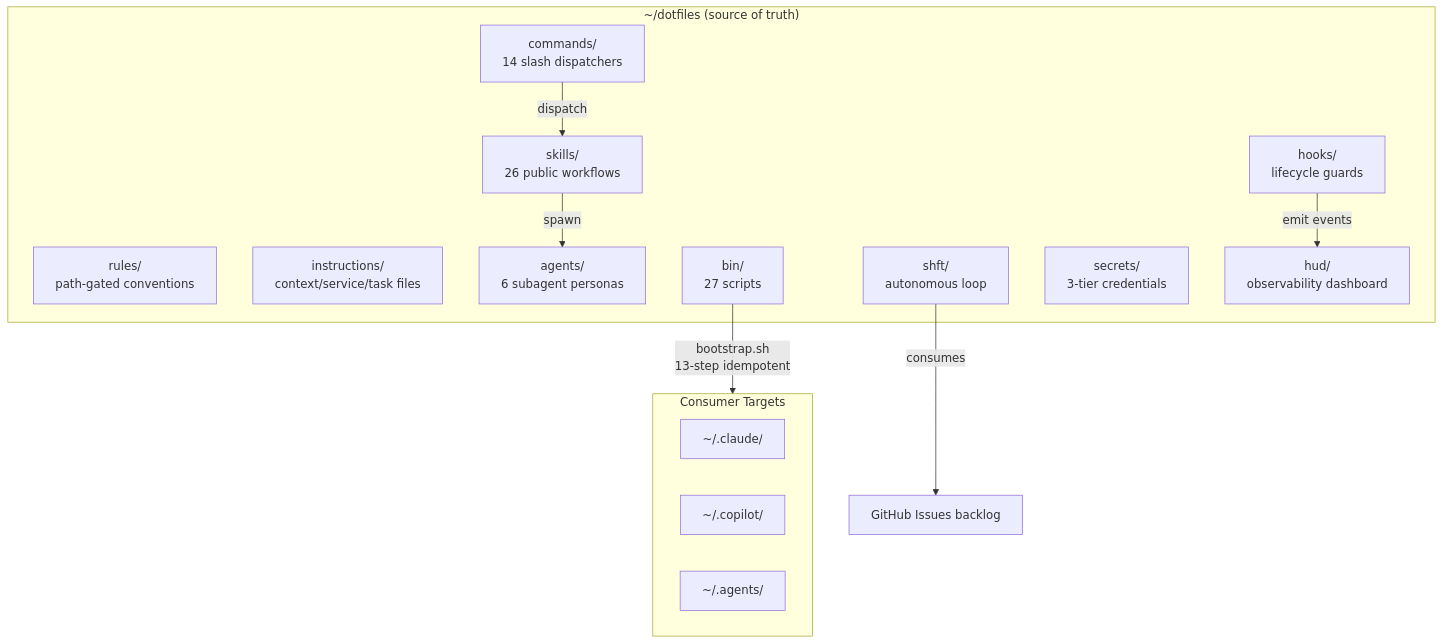
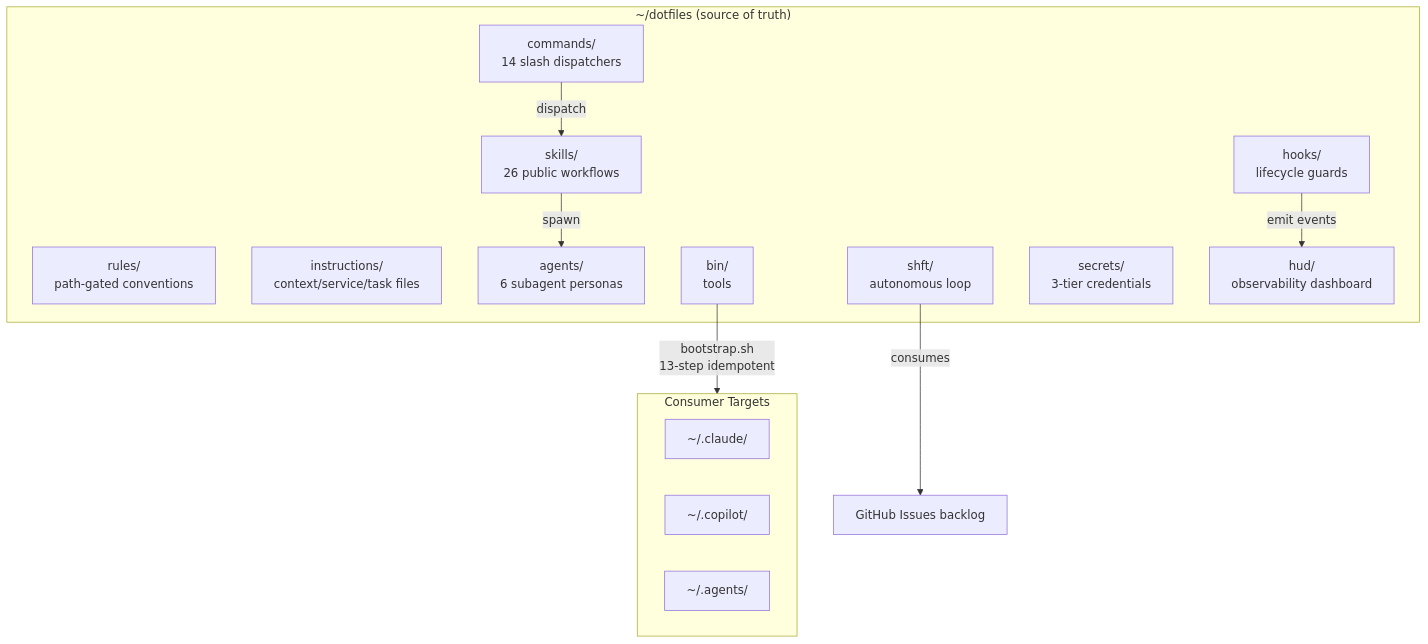
Before and after one commit to arndvs/dotfiles: the diagram in docs/ARCHITECTURE.md, drawn with Mermaid. The commit also changed 1 other file, not shown here.

Commit message:
fix: use printf for JSON piping in test helper; drop hard-coded bin/ count

````diff
--- a/docs/ARCHITECTURE.md
+++ b/docs/ARCHITECTURE.md
@@ -12,27 +12,27 @@
 ```mermaid
 graph TB
     subgraph "~/dotfiles (source of truth)"
         RULES["rules/<br/>path-gated conventions"]
         INST["instructions/<br/>context/service/task files"]
         SKILLS["skills/<br/>26 public workflows"]
         AGENTS["agents/<br/>6 subagent personas"]
         CMDS["commands/<br/>14 slash dispatchers"]
         HOOKS["hooks/<br/>lifecycle guards"]
-        BIN["bin/<br/>27 scripts"]
+        BIN["bin/<br/>tools"]
         SHFT["shft/<br/>autonomous loop"]
         SECRETS["secrets/<br/>3-tier credentials"]
         HUD["hud/<br/>observability dashboard"]
     end
 
     BIN -->|"bootstrap.sh<br/>13-step idempotent"| CONSUMERS
     subgraph CONSUMERS["Consumer Targets"]
         CLAUDE["~/.claude/"]
         COPILOT["~/.copilot/"]
         AGENTSDIR["~/.agents/"]
     end
 
     CMDS -->|"dispatch"| SKILLS
     SKILLS -->|"spawn"| AGENTS
     HOOKS -->|"emit events"| HUD
     SHFT -->|"consumes"| ISSUES["GitHub Issues backlog"]
 ```
````
